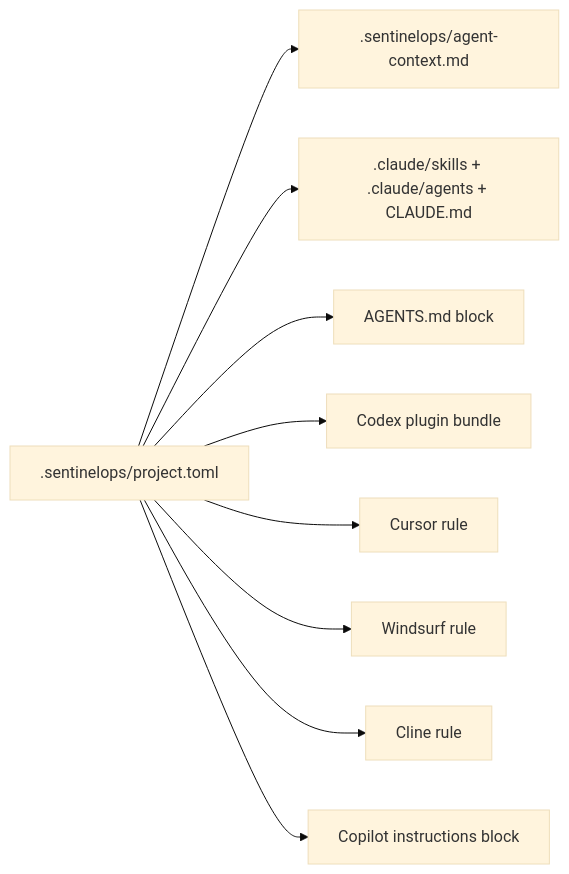
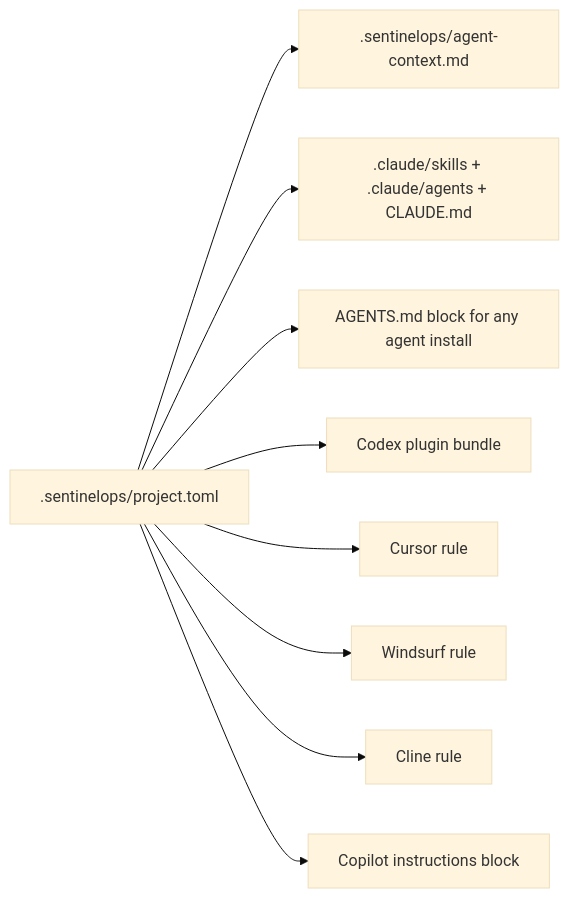
One commit to saikumar1767/Sentinel-Ops changed the eighth of 9 diagrams in docs/architecture.md. Above: the diagram before and after it, drawn with Mermaid (base theme). The commit also changed other lines of this file and 8 other files, not shown here.

````diff
--- a/docs/architecture.md
+++ b/docs/architecture.md
@@ -233,11 +241,11 @@
 ```mermaid
 flowchart LR
     Manifest[".sentinelops/project.toml"] --> AgentContext[".sentinelops/agent-context.md"]
     Manifest --> Claude[".claude/skills + .claude/agents + CLAUDE.md"]
-    Manifest --> AGENTS["AGENTS.md block"]
+    Manifest --> AGENTS["AGENTS.md block for any agent install"]
     Manifest --> Codex["Codex plugin bundle"]
     Manifest --> Cursor["Cursor rule"]
     Manifest --> Windsurf["Windsurf rule"]
     Manifest --> Cline["Cline rule"]
     Manifest --> Copilot["Copilot instructions block"]
 ```
````
